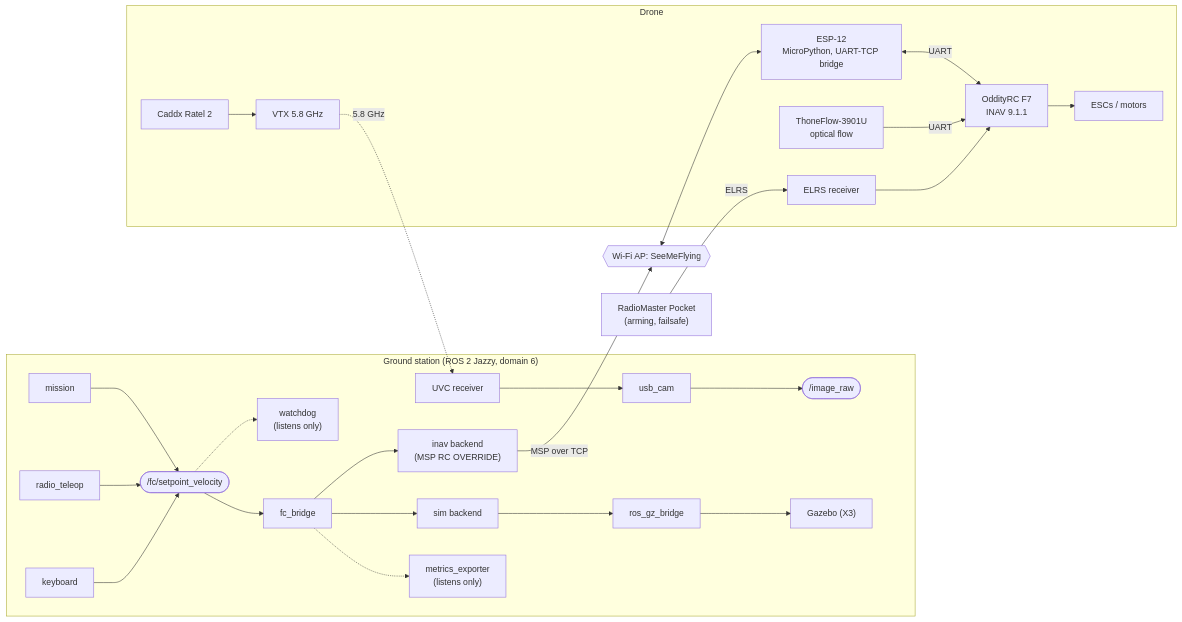
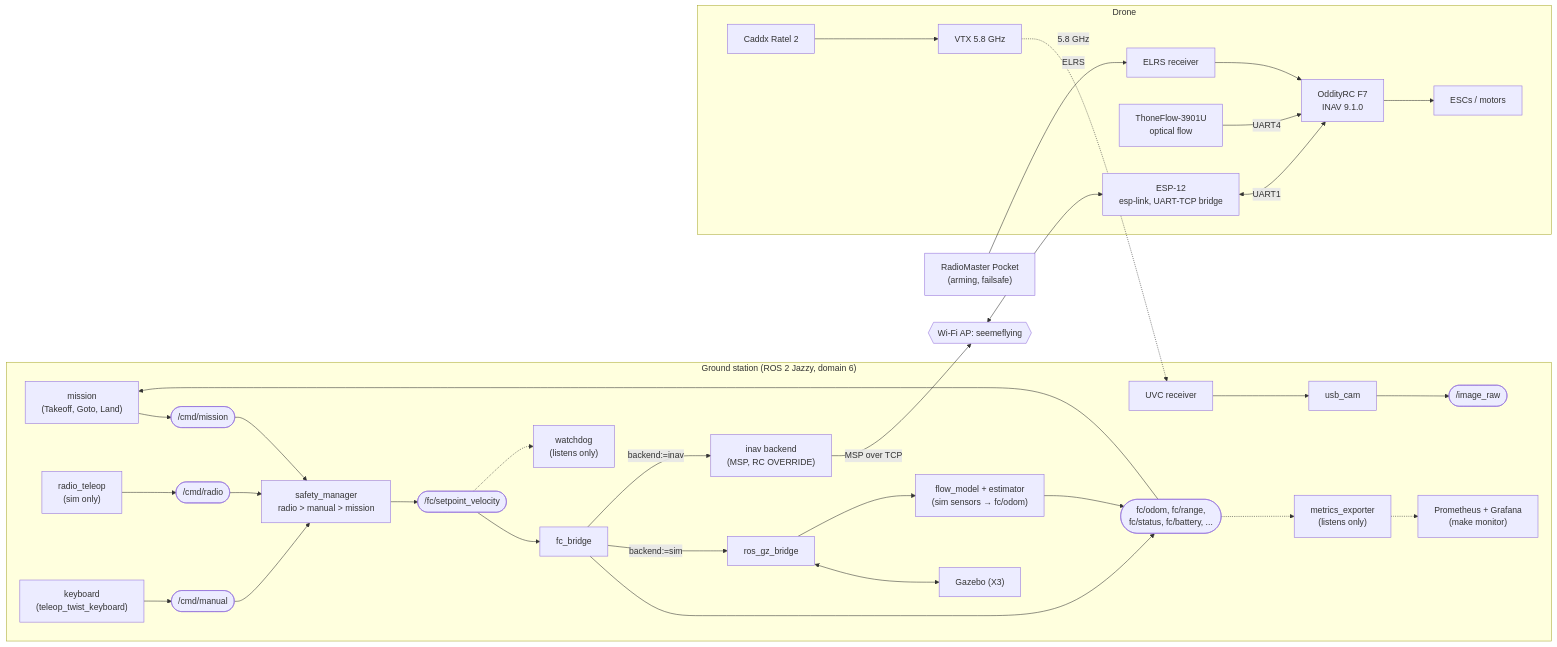
One commit to SEAME-pt/See_Me_Flying changed the diagram in README.md. Above: the diagram before and after it, drawn with Mermaid. The commit also changed other lines of this file and 31 other files, not shown here.

````diff
--- a/README.md
+++ b/README.md
@@ -87,57 +87,69 @@
 ```mermaid
 flowchart LR
     subgraph GS["Ground station (ROS 2 Jazzy, domain 6)"]
-        mission["mission"]
-        radio_teleop["radio_teleop"]
-        keyboard["keyboard"]
+        mission["mission<br/>(Takeoff, Goto, Land)"]
+        radio_teleop["radio_teleop<br/>(sim only)"]
+        keyboard["keyboard<br/>(teleop_twist_keyboard)"]
+        cmd_mission(["/cmd/mission"])
+        cmd_radio(["/cmd/radio"])
+        cmd_manual(["/cmd/manual"])
+        safety["safety_manager<br/>radio > manual > mission"]
         sp(["/fc/setpoint_velocity"])
         fc_bridge["fc_bridge"]
         watchdog["watchdog<br/>(listens only)"]
+        state(["fc/odom, fc/range,<br/>fc/status, fc/battery, ..."])
         exporter["metrics_exporter<br/>(listens only)"]
-        sim["sim backend"]
+        grafana["Prometheus + Grafana<br/>(make monitor)"]
         rgz["ros_gz_bridge"]
         gz["Gazebo (X3)"]
-        inav["inav backend<br/>(MSP RC OVERRIDE)"]
+        simsens["flow_model + estimator<br/>(sim sensors → fc/odom)"]
+        inav["inav backend<br/>(MSP, RC OVERRIDE)"]
         uvc["UVC receiver"]
         usb_cam["usb_cam"]
         img(["/image_raw"])
     end
 
-    wifi{{"Wi-Fi AP: SeeMeFlying"}}
+    wifi{{"Wi-Fi AP: seemeflying"}}
     pocket["RadioMaster Pocket<br/>(arming, failsafe)"]
 
     subgraph DRONE["Drone"]
-        esp["ESP-12<br/>MicroPython, UART-TCP bridge"]
-        fc["OddityRC F7<br/>INAV 9.1.1"]
+        esp["ESP-12<br/>esp-link, UART-TCP bridge"]
+        fc["OddityRC F7<br/>INAV 9.1.0"]
         esc["ESCs / motors"]
         flow["ThoneFlow-3901U<br/>optical flow"]
         elrs["ELRS receiver"]
         cam["Caddx Ratel 2"]
         vtx["VTX 5.8 GHz"]
     end
 
-    %% Command path
-    mission --> sp
-    radio_teleop --> sp
-    keyboard --> sp
-    sp --> fc_bridge
+    %% Command path: every source has its own topic, safety_manager picks one
+    mission --> cmd_mission --> safety
+    radio_teleop --> cmd_radio --> safety
+    keyboard --> cmd_manual --> safety
+    safety --> sp --> fc_bridge
     sp -.-> watchdog
-    fc_bridge -.-> exporter
+
+    %% State back up
+    fc_bridge --> state
+    simsens --> state
+    state --> mission
+    state -.-> exporter -.-> grafana
 
     %% Sim backend
-    fc_bridge --> sim --> rgz --> gz
+    fc_bridge -->|"backend:=sim"| rgz <--> gz
+    rgz --> simsens
 
     %% Real hardware backend
-    fc_bridge --> inav
+    fc_bridge -->|"backend:=inav"| inav
     inav -->|"MSP over TCP"| wifi
     wifi <--> esp
-    esp <-->|UART| fc
-    flow -->|UART| fc
+    esp <-->|UART1| fc
+    flow -->|UART4| fc
     fc --> esc
 
     %% RC link
     pocket -->|ELRS| elrs --> fc
 
     %% Video
     cam --> vtx -.->|5.8 GHz| uvc --> usb_cam --> img
 ```
````
